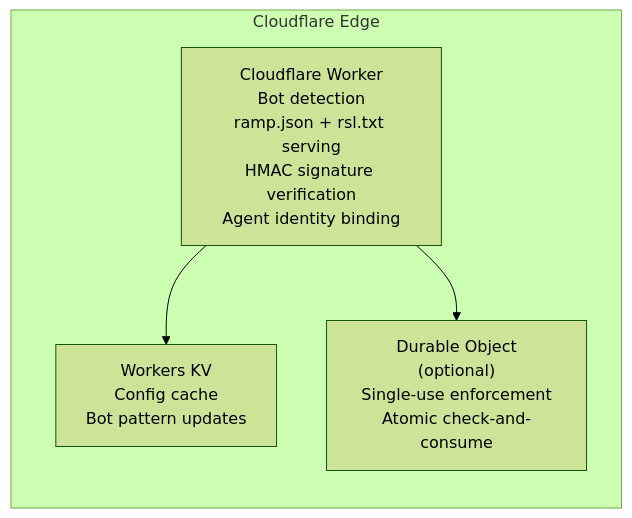
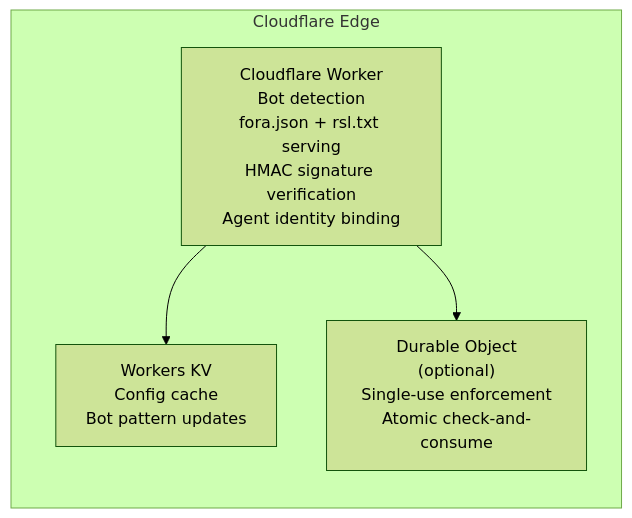
One commit to FORA-Protocol/protocol changed the second of 4 diagrams in website/src/content/docs/components/edge-function/cdn-adapters.mdx. Above: the diagram before and after it, drawn with Mermaid (forest theme). The commit also changed other lines of this file and 529 other files, not shown here.

First line of the commit message:
Rename the protocol from RAMP to FORA

````diff
--- a/website/src/content/docs/components/edge-function/cdn-adapters.mdx
+++ b/website/src/content/docs/components/edge-function/cdn-adapters.mdx
@@ -230,11 +230,11 @@
 ```mermaid
 graph LR
     subgraph "Cloudflare Edge"
-        WORKER["Cloudflare Worker<br/>Bot detection<br/>ramp.json + rsl.txt serving<br/>HMAC signature verification<br/>Agent identity binding"]
+        WORKER["Cloudflare Worker<br/>Bot detection<br/>fora.json + rsl.txt serving<br/>HMAC signature verification<br/>Agent identity binding"]
         KV["Workers KV<br/>Config cache<br/>Bot pattern updates"]
         DO["Durable Object<br/>(optional)<br/>Single-use enforcement<br/>Atomic check-and-consume"]
     end
 
     WORKER --> KV
     WORKER --> DO
 ```
````
